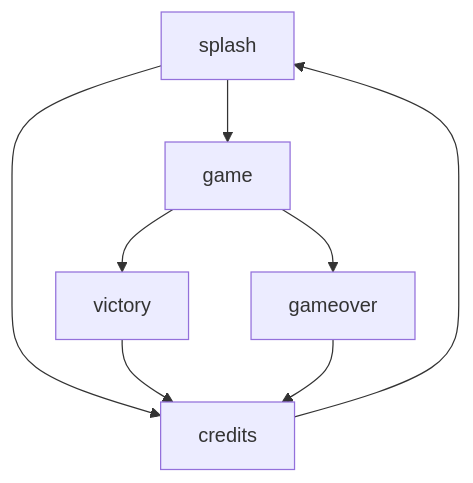
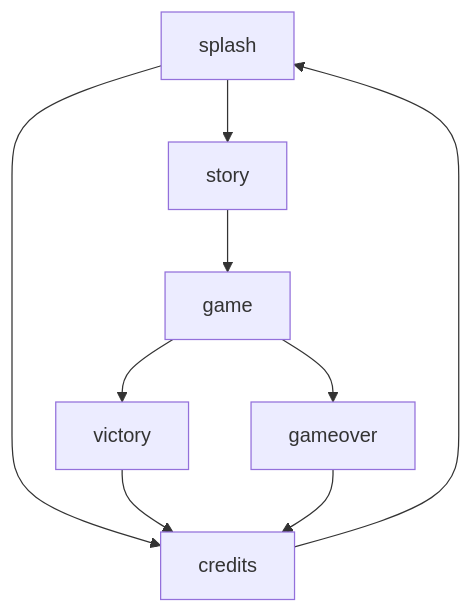
One commit to sundhaug92/reentrii changed the diagram in readme.md. Above: the diagram before and after it, drawn with Mermaid.

Commit message:
Totally didn't forget the story

````diff
--- a/readme.md
+++ b/readme.md
@@ -28,10 +28,11 @@
 ```mermaid
 graph TD;
     splash-->credits;
     credits-->splash;
-    splash-->game;
+    splash-->story;
+    story-->game;
     game-->victory;
     victory-->credits;
     game-->gameover;
     gameover-->credits;
 ```
````
